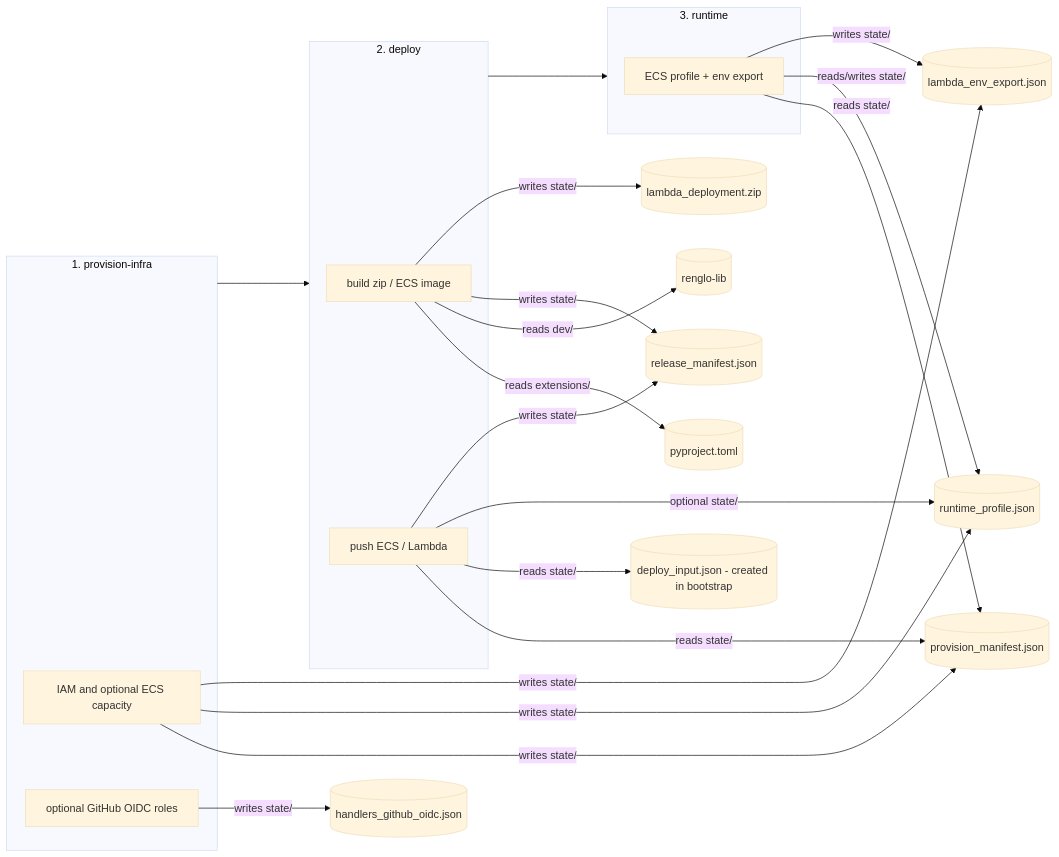
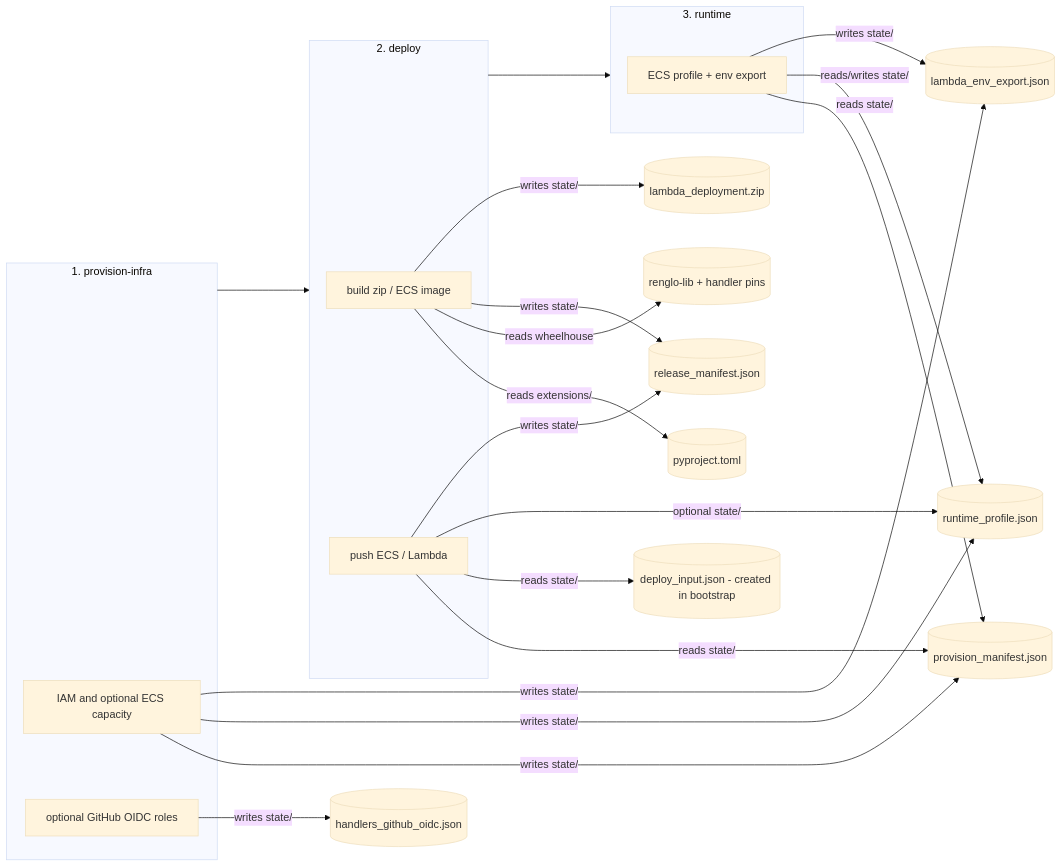
The diagram in README.md (renglo/extensions-service), drawn with Mermaid (base theme) before and after one commit. The commit also changed 2 other files, not shown here.

Commit message:
Install renglo-lib as package, not as a repo (copy)

````diff
--- a/README.md
+++ b/README.md
@@ -358,34 +358,34 @@
 ```mermaid
 flowchart LR
   subgraph provision_infra [1. provision-infra]
     P[IAM and optional ECS capacity]
     OIDC[optional GitHub OIDC roles]
   end
 
   subgraph deploy_block [2. deploy]
     B[build zip / ECS image]
     U[push ECS / Lambda]
   end
 
   subgraph runtime_block [3. runtime]
     R[ECS profile + env export]
   end
 
   provision_infra --> deploy_block --> runtime_block
 
   P -->|"writes state/"| StateProv[(provision_manifest.json)]
   P -->|"writes state/"| RunProf[(runtime_profile.json)]
   P -->|"writes state/"| LambdaExport[(lambda_env_export.json)]
   OIDC -->|"writes state/"| OidcState[(handlers_github_oidc.json)]
   B -->|"reads extensions/"| PyToml[(pyproject.toml)]
-  B -->|"reads dev/"| Renglo[(renglo-lib)]
+  B -->|"reads wheelhouse"| Wheels[(renglo-lib + handler pins)]
   B -->|"writes state/"| Release[(release_manifest.json)]
   B -->|"writes state/"| Zip[(lambda_deployment.zip)]
   U -->|"reads state/"| StateProv
   U -->|"reads state/"| DeployIn[(deploy_input.json - created in bootstrap)]
   U -->|"optional state/"| RunProf
   U -->|"writes state/"| Release
   R -->|"reads state/"| StateProv
   R -->|"reads/writes state/"| RunProf
   R -->|"writes state/"| LambdaExport
 ```
````
